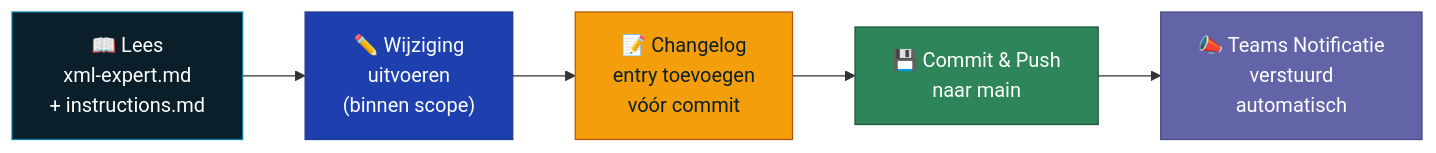
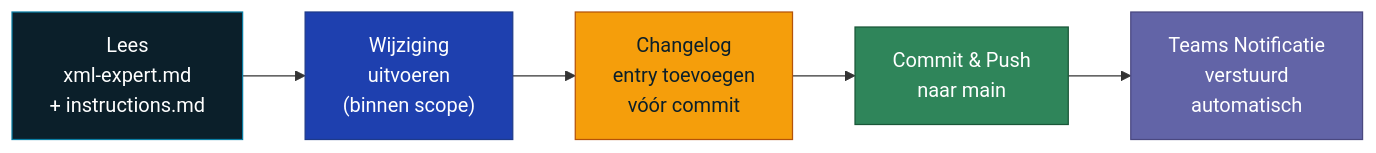
One commit to IntegrationProject-Groep1/xml-xsd-contract changed the fourth of 5 diagrams in README.md. Above: the diagram before and after it, drawn with Mermaid. The commit also changed other lines of this file and 10 other files, not shown here.

````diff
--- a/README.md
+++ b/README.md
@@ -437,13 +399,13 @@
 ```mermaid
 flowchart LR
-    A["📖 Lees<br/>xml-expert.md<br/>+ instructions.md"] --> B["✏️ Wijziging<br/>uitvoeren<br/>(binnen scope)"]
-    B --> C["📝 Changelog<br/>entry toevoegen<br/>vóór commit"]
-    C --> D["💾 Commit & Push<br/>naar main"]
-    D --> E["📣 Teams Notificatie<br/>verstuurd<br/>automatisch"]
+    A["Lees<br/>xml-expert.md<br/>+ instructions.md"] --> B["Wijziging<br/>uitvoeren<br/>(binnen scope)"]
+    B --> C["Changelog<br/>entry toevoegen<br/>vóór commit"]
+    C --> D["Commit & Push<br/>naar main"]
+    D --> E["Teams Notificatie<br/>verstuurd<br/>automatisch"]
 
     style A fill:#0b1f2a,color:#fff,stroke:#0a7ea4
     style B fill:#1e40af,color:#fff,stroke:#1e3a8a
     style C fill:#f59e0b,color:#0b1f2a,stroke:#b45309
     style D fill:#2f855a,color:#fff,stroke:#1a5738
     style E fill:#6264a7,color:#fff,stroke:#4a4880
 ```
````
